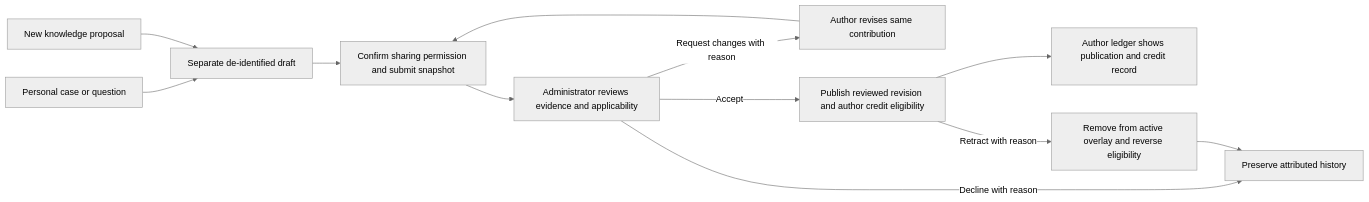
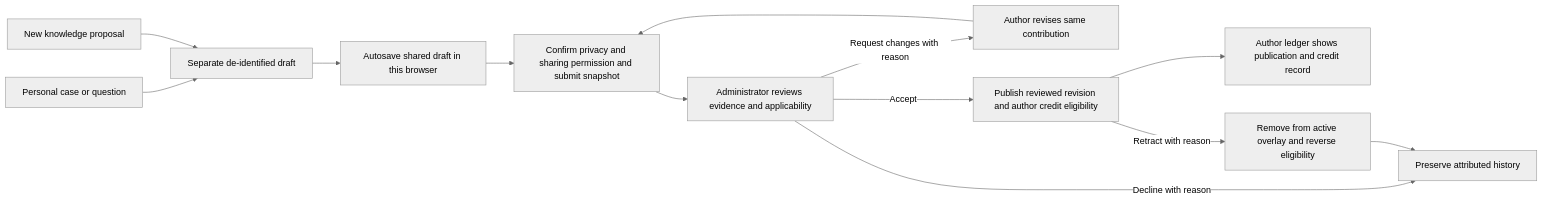
Before and after one commit to sanolamian12/neo-luddite: the fourth of 7 diagrams in design/agent-customization-flows.md, drawn with Mermaid (neutral theme). The commit also changed other lines of this file and 28 other files, not shown here.

````diff
--- a/design/agent-customization-flows.md
+++ b/design/agent-customization-flows.md
@@ -57,14 +61,15 @@
 ```mermaid
 flowchart LR
   Personal[Personal case or question] --> Draft[Separate de-identified draft]
   Blank[New knowledge proposal] --> Draft
-  Draft --> Submit[Confirm sharing permission and submit snapshot]
+  Draft --> Autosave[Autosave shared draft in this browser]
+  Autosave --> Submit[Confirm privacy and sharing permission and submit snapshot]
   Submit --> Review[Administrator reviews evidence and applicability]
   Review -->|Request changes with reason| Revise[Author revises same contribution]
   Revise --> Submit
   Review -->|Decline with reason| History[Preserve attributed history]
   Review -->|Accept| Publish[Publish reviewed revision and author credit eligibility]
   Publish --> Ledger[Author ledger shows publication and credit record]
   Publish -->|Retract with reason| Reverse[Remove from active overlay and reverse eligibility]
   Reverse --> History
 ```
````
